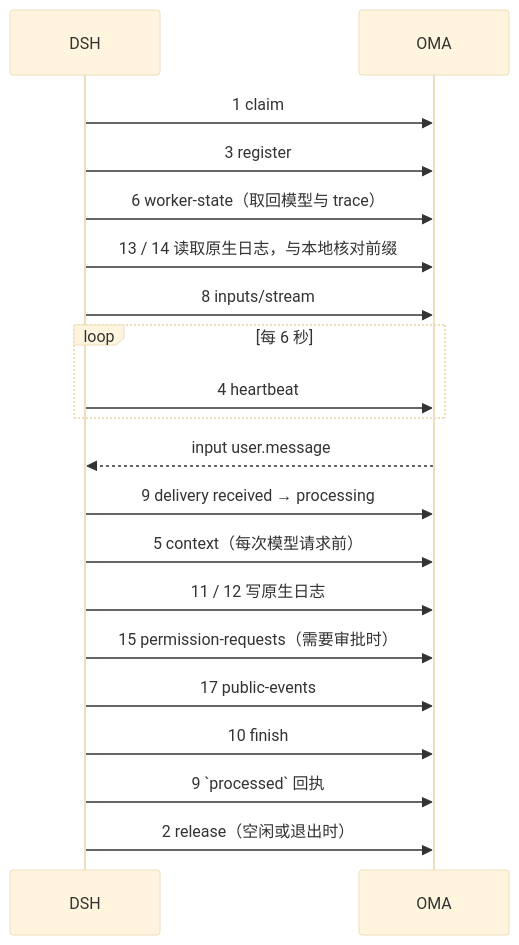
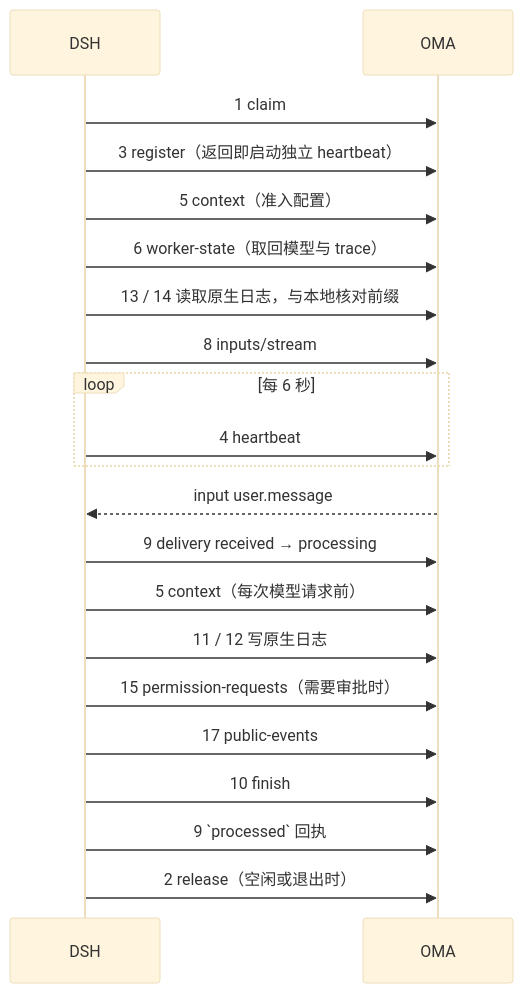
One commit to superduck-ai/open-managed-agents changed the diagram in docs/design/be/dsrv1/api-reference.md. Above: the diagram before and after it, drawn with Mermaid (base theme). The commit also changed other lines of this file and 3 other files, not shown here.

````diff
--- a/docs/design/be/dsrv1/api-reference.md
+++ b/docs/design/be/dsrv1/api-reference.md
@@ -31,22 +35,23 @@
 ```mermaid
 sequenceDiagram
     participant D as DSH
     participant A as OMA
     D->>A: 1 claim
-    D->>A: 3 register
+    D->>A: 3 register（返回即启动独立 heartbeat）
+    D->>A: 5 context（准入配置）
     D->>A: 6 worker-state（取回模型与 trace）
     D->>A: 13 / 14 读取原生日志，与本地核对前缀
     D->>A: 8 inputs/stream
     loop 每 6 秒
         D->>A: 4 heartbeat
     end
     A-->>D: input user.message
     D->>A: 9 delivery received → processing
     D->>A: 5 context（每次模型请求前）
     D->>A: 11 / 12 写原生日志
     D->>A: 15 permission-requests（需要审批时）
     D->>A: 17 public-events
     D->>A: 10 finish
     D->>A: 9 `processed` 回执
     D->>A: 2 release（空闲或退出时）
 ```
````
